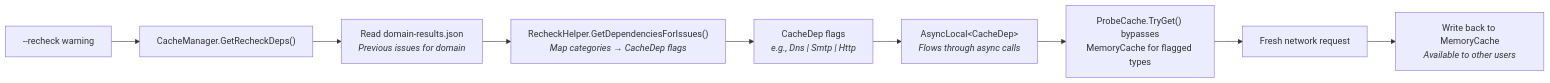
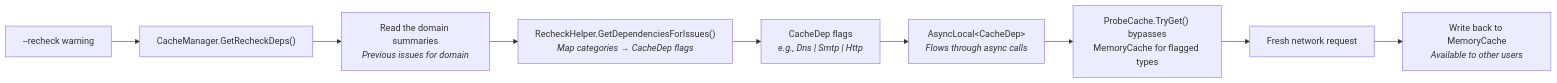
Before and after one commit to pkinerd/ednsv: the third of 3 diagrams in docs/caching-architecture.md, drawn with Mermaid. The commit also changed other lines of this file and 17 other files, not shown here.

````diff
--- a/docs/caching-architecture.md
+++ b/docs/caching-architecture.md
@@ -215,11 +313,11 @@
 ```mermaid
 flowchart LR
     REQ["--recheck warning"] --> CM["CacheManager.GetRecheckDeps()"]
-    CM --> DR["Read domain-results.json<br/><i>Previous issues for domain</i>"]
+    CM --> DR["Read the domain summaries<br/><i>Previous issues for domain</i>"]
     DR --> MAP["RecheckHelper.GetDependenciesForIssues()<br/><i>Map categories → CacheDep flags</i>"]
     MAP --> FLAGS["CacheDep flags<br/><i>e.g., Dns | Smtp | Http</i>"]
     FLAGS --> AL["AsyncLocal&lt;CacheDep&gt;<br/><i>Flows through async calls</i>"]
     AL --> BYPASS["ProbeCache.TryGet() bypasses<br/>MemoryCache for flagged types"]
     BYPASS --> FRESH["Fresh network request"]
     FRESH --> WRITE["Write back to MemoryCache<br/><i>Available to other users</i>"]
 ```
````
